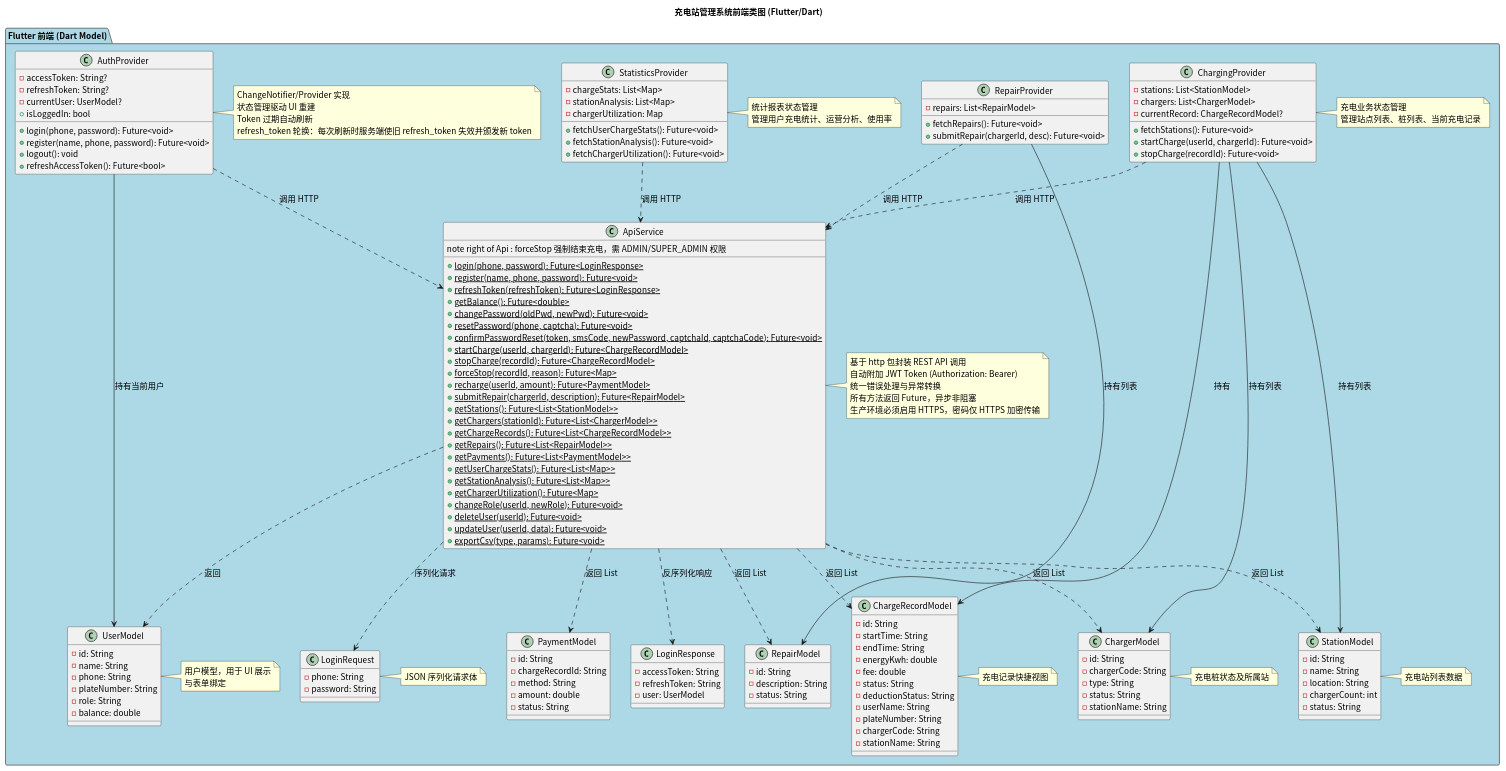
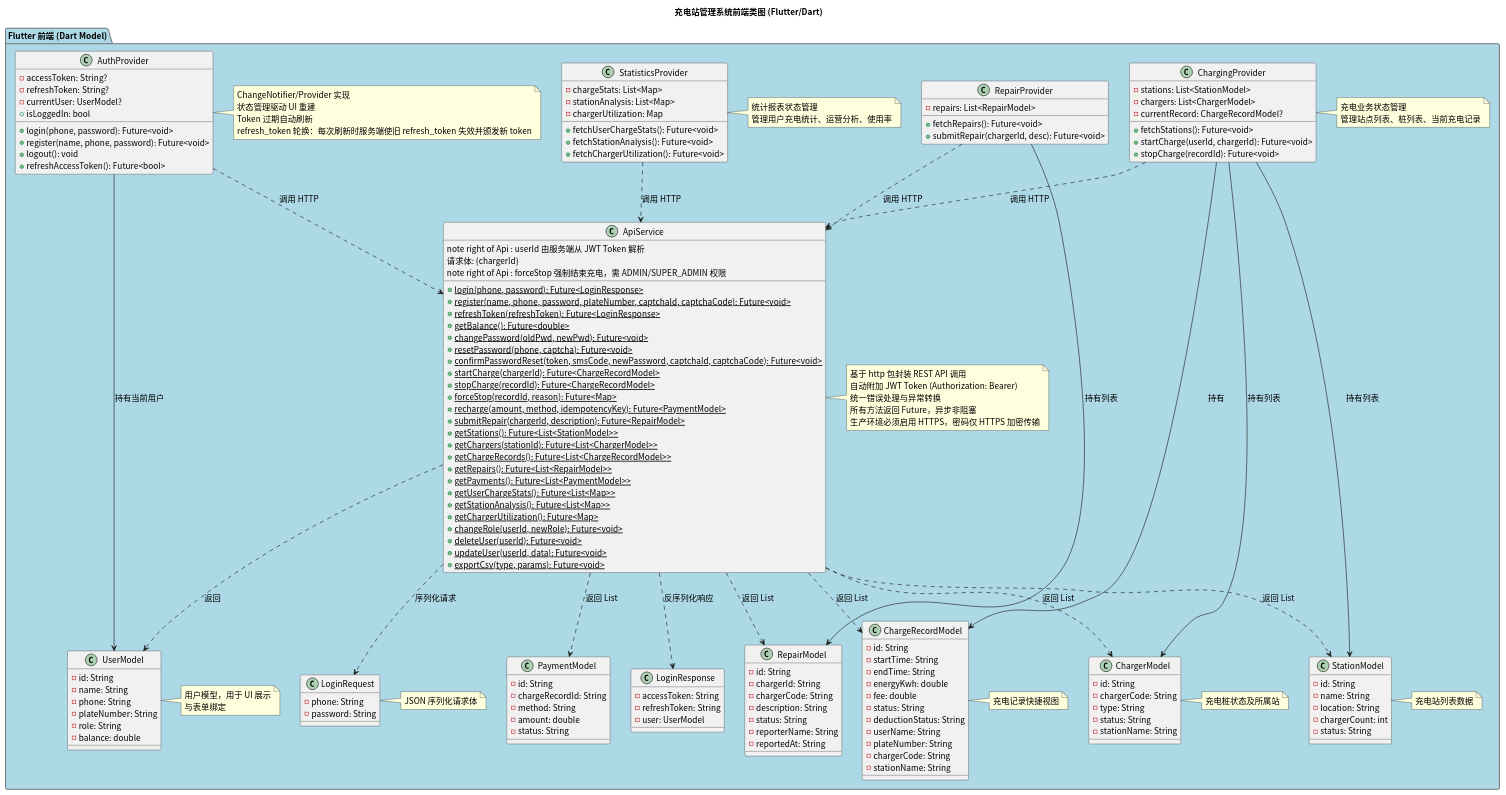
One commit to greenhandzdl/charging-station-doc changed the diagram in class/src/frontend_class_diagram.puml. Above: the diagram before and after it, drawn with PlantUML. The commit also changed 15 other files, not shown here.

First line of the commit message:
fix: 第19轮评估修复 — 跨图一致性全面补全（3 CRITICAL + 2 MAJOR + 8 MINOR + 12 INFO）

```diff
--- a/class/src/frontend_class_diagram.puml
+++ b/class/src/frontend_class_diagram.puml
@@ -1,169 +1,174 @@
 @startuml
 skinparam defaultFontName "Noto Sans CJK SC"
 skinparam defaultFontSize 14
 title 充电站管理系统前端类图 (Flutter/Dart)
 skinparam package {
   BackgroundColor #F0F0F0
   BorderColor #666666
 }
 
 package "Flutter 前端 (Dart Model)" as FE #ADD8E6 {
 
   class "UserModel" as FUser {
     - id: String
     - name: String
     - phone: String
     - plateNumber: String
     - role: String
     - balance: double
   }
   note right of FUser : 用户模型，用于 UI 展示\n与表单绑定
 
   class "StationModel" as FStation {
     - id: String
     - name: String
     - location: String
     - chargerCount: int
     - status: String
   }
   note right of FStation : 充电站列表数据
 
   class "ChargerModel" as FCharger {
     - id: String
     - chargerCode: String
     - type: String
     - status: String
     - stationName: String
   }
   note right of FCharger : 充电桩状态及所属站
 
   class "ChargeRecordModel" as FCRecord {
     - id: String
     - startTime: String
     - endTime: String
     - energyKwh: double
     - fee: double
     - status: String
     - deductionStatus: String
     - userName: String
     - plateNumber: String
     - chargerCode: String
     - stationName: String
   }
   note right of FCRecord : 充电记录快捷视图
 
   class "PaymentModel" as FPayment {
     - id: String
     - chargeRecordId: String
     - method: String
     - amount: double
     - status: String
   }
 
   class "RepairModel" as FRepair {
     - id: String
+    - chargerId: String
+    - chargerCode: String
     - description: String
     - status: String
+    - reporterName: String
+    - reportedAt: String
   }
 
   class "LoginRequest" as LoginReq {
     - phone: String
     - password: String
   }
   note right of LoginReq : JSON 序列化请求体
 
   class "LoginResponse" as LoginResp {
     - accessToken: String
     - refreshToken: String
     - user: UserModel
   }
 
   class "ApiService" as Api {
     + {static} login(phone, password): Future<LoginResponse>
-    + {static} register(name, phone, password): Future<void>
+    + {static} register(name, phone, password, plateNumber, captchaId, captchaCode): Future<void>
     + {static} refreshToken(refreshToken): Future<LoginResponse>
     + {static} getBalance(): Future<double>
     + {static} changePassword(oldPwd, newPwd): Future<void>
     + {static} resetPassword(phone, captcha): Future<void>
     + {static} confirmPasswordReset(token, smsCode, newPassword, captchaId, captchaCode): Future<void>
-    + {static} startCharge(userId, chargerId): Future<ChargeRecordModel>
+    + {static} startCharge(chargerId): Future<ChargeRecordModel>
+    note right of Api : userId 由服务端从 JWT Token 解析\n请求体: {chargerId}
     + {static} stopCharge(recordId): Future<ChargeRecordModel>
     + {static} forceStop(recordId, reason): Future<Map>
     note right of Api : forceStop 强制结束充电，需 ADMIN/SUPER_ADMIN 权限
-    + {static} recharge(userId, amount): Future<PaymentModel>
+    + {static} recharge(amount, method, idempotencyKey): Future<PaymentModel>
     + {static} submitRepair(chargerId, description): Future<RepairModel>
     + {static} getStations(): Future<List<StationModel>>
     + {static} getChargers(stationId): Future<List<ChargerModel>>
     + {static} getChargeRecords(): Future<List<ChargeRecordModel>>
     + {static} getRepairs(): Future<List<RepairModel>>
     + {static} getPayments(): Future<List<PaymentModel>>
     + {static} getUserChargeStats(): Future<List<Map>>
     + {static} getStationAnalysis(): Future<List<Map>>
     + {static} getChargerUtilization(): Future<Map>
     + {static} changeRole(userId, newRole): Future<void>
     + {static} deleteUser(userId): Future<void>
     + {static} updateUser(userId, data): Future<void>
     + {static} exportCsv(type, params): Future<void>
   }
   note right of Api : 基于 http 包封装 REST API 调用\n自动附加 JWT Token (Authorization: Bearer)\n统一错误处理与异常转换\n所有方法返回 Future，异步非阻塞\n生产环境必须启用 HTTPS，密码仅 HTTPS 加密传输
 
   class "AuthProvider" as Auth {
     - accessToken: String?
     - refreshToken: String?
     - currentUser: UserModel?
     + login(phone, password): Future<void>
     + register(name, phone, password): Future<void>
     + logout(): void
     + refreshAccessToken(): Future<bool>
     + isLoggedIn: bool
   }
   note right of Auth : ChangeNotifier/Provider 实现\n状态管理驱动 UI 重建\nToken 过期自动刷新\nrefresh_token 轮换：每次刷新时服务端使旧 refresh_token 失效并颁发新 token
 
   class "ChargingProvider" as CP {
     - stations: List<StationModel>
     - chargers: List<ChargerModel>
     - currentRecord: ChargeRecordModel?
     + fetchStations(): Future<void>
     + startCharge(userId, chargerId): Future<void>
     + stopCharge(recordId): Future<void>
   }
   note right of CP : 充电业务状态管理\n管理站点列表、桩列表、当前充电记录
 
   class "RepairProvider" as RP {
     - repairs: List<RepairModel>
     + fetchRepairs(): Future<void>
     + submitRepair(chargerId, desc): Future<void>
   }
 
   class "StatisticsProvider" as StatsP {
     - chargeStats: List<Map>
     - stationAnalysis: List<Map>
     - chargerUtilization: Map
     + fetchUserChargeStats(): Future<void>
     + fetchStationAnalysis(): Future<void>
     + fetchChargerUtilization(): Future<void>
   }
   note right of StatsP : 统计报表状态管理\n管理用户充电统计、运营分析、使用率
 }
 
 ' ===== 关联关系 =====
 Api ..> LoginReq : 序列化请求
 Api ..> LoginResp : 反序列化响应
 Api ..> FStation : 返回 List
 Api ..> FCharger : 返回 List
 Api ..> FUser : 返回
 Api ..> FCRecord : 返回 List
 Api ..> FPayment : 返回 List
 Api ..> FRepair : 返回 List
 
 Auth --> FUser : 持有当前用户
 Auth ..> Api : 调用 HTTP
 CP ..> Api : 调用 HTTP
 CP --> FStation : 持有列表
 CP --> FCharger : 持有列表
 CP --> FCRecord : 持有
 RP ..> Api : 调用 HTTP
 RP --> FRepair : 持有列表
 StatsP ..> Api : 调用 HTTP
 
 @enduml
```
